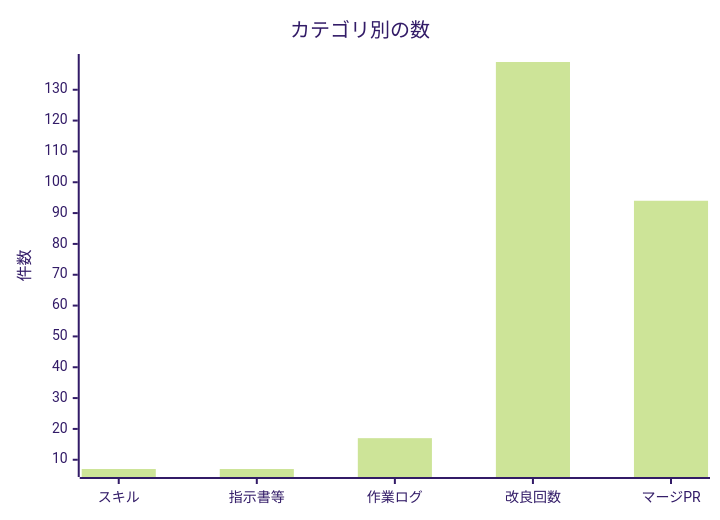
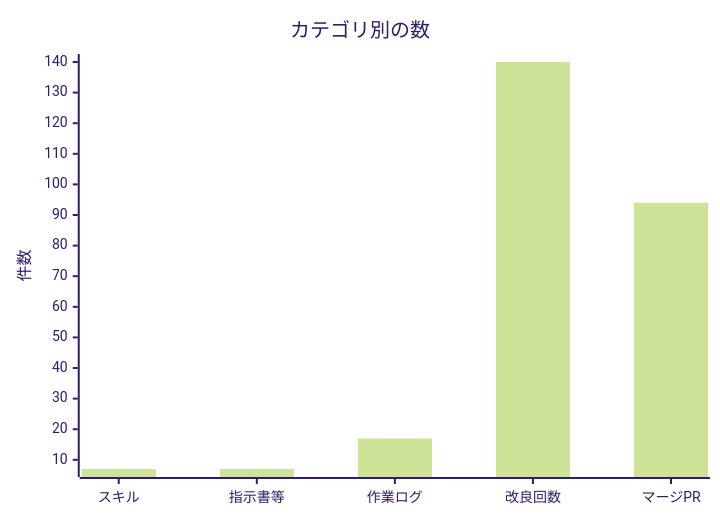
Before and after one commit to non-x2/non-x2: the second of 2 diagrams in docs/進化レポート.md, drawn with Mermaid (forest theme). The commit also changed other lines of this file and 1 other file, not shown here.

````diff
--- a/docs/進化レポート.md
+++ b/docs/進化レポート.md
@@ -35,7 +35,7 @@
 ```mermaid
 xychart-beta
     title "カテゴリ別の数"
     x-axis ["スキル", "指示書等", "作業ログ", "改良回数", "マージPR"]
     y-axis "件数"
-    bar [7, 7, 17, 139, 94]
+    bar [7, 7, 17, 140, 94]
 ```
````
